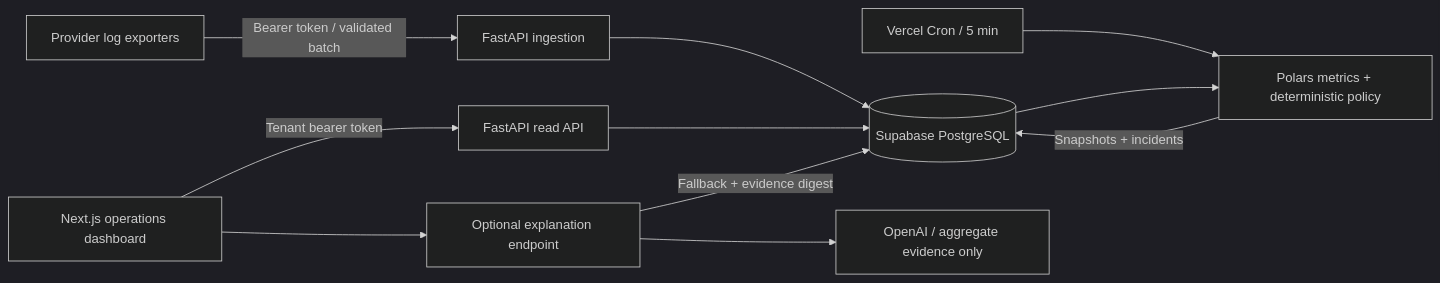
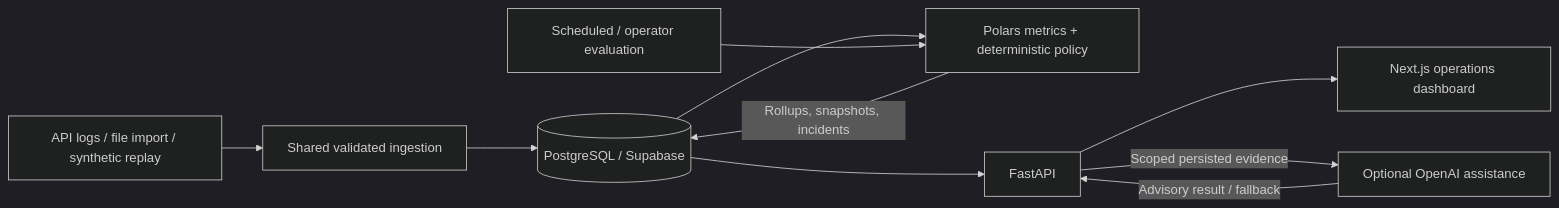
Before and after one commit to anudeep0701/brightline-hr: the diagram in SOLUTION_DESIGN.md, drawn with Mermaid (dark theme). The commit also changed other lines of this file and 133 other files, not shown here.

````diff
--- a/SOLUTION_DESIGN.md
+++ b/SOLUTION_DESIGN.md
@@ -9,13 +38,12 @@
 ```mermaid
 flowchart LR
-  P[Provider log exporters] -->|Bearer token / validated batch| F[FastAPI ingestion]
-  F --> DB[(Supabase PostgreSQL)]
-  C[Vercel Cron / 5 min] --> H[Polars metrics + deterministic policy]
-  DB --> H
-  H -->|Snapshots + incidents| DB
-  UI[Next.js operations dashboard] -->|Tenant bearer token| API[FastAPI read API]
-  API --> DB
-  UI --> E[Optional explanation endpoint]
-  E --> O[OpenAI / aggregate evidence only]
-  E -->|Fallback + evidence digest| DB
+    Sources[API logs / file import / synthetic replay] --> Ingest[Shared validated ingestion]
+    Ingest --> DB[(PostgreSQL / Supabase)]
+    DB --> Engine[Polars metrics + deterministic policy]
+    Trigger[Scheduled / operator evaluation] --> Engine
+    Engine -->|Rollups, snapshots, incidents| DB
+    DB --> API[FastAPI]
+    API --> UI[Next.js operations dashboard]
+    API -->|Scoped persisted evidence| AI[Optional OpenAI assistance]
+    AI -->|Advisory result / fallback| API
 ```
````
